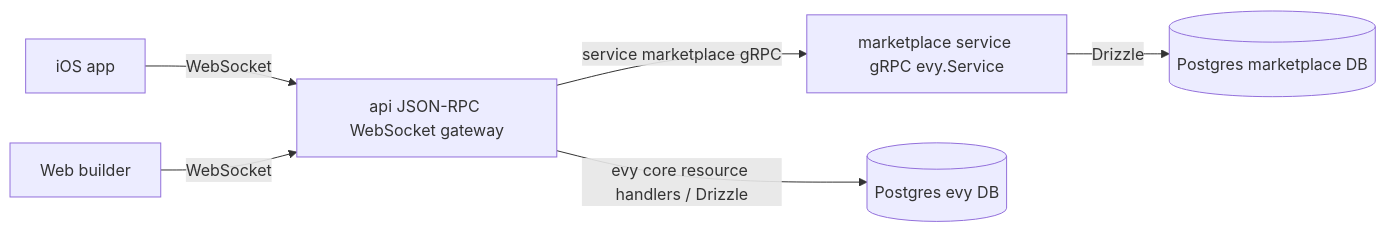
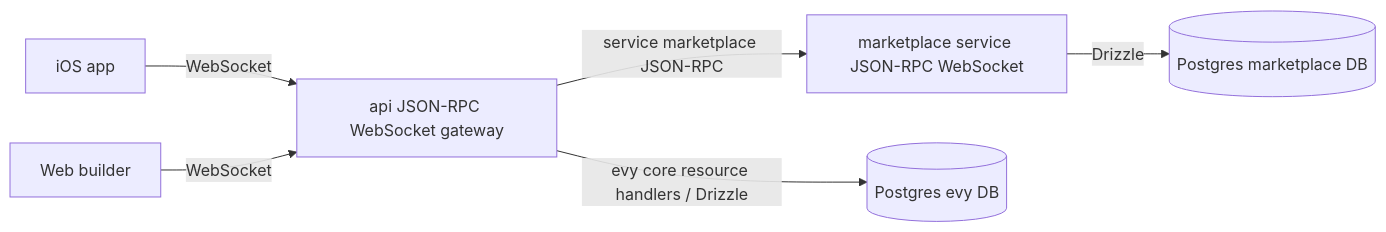
One commit to EVY-Platform/evy changed the diagram in README.md. Above: the diagram before and after it, drawn with Mermaid. The commit also changed other lines of this file and 115 other files, not shown here.

````diff
--- a/README.md
+++ b/README.md
@@ -7,16 +7,16 @@
 ```mermaid
 flowchart LR
     ios[iOS app]
     web[Web builder]
 
     api[api JSON-RPC WebSocket gateway]
-    marketplace[marketplace service gRPC evy.Service]
+    marketplace[marketplace service JSON-RPC WebSocket]
     evyDb[(Postgres evy DB)]
     mpDb[(Postgres marketplace DB)]
 
     ios -- WebSocket --> api
     web -- WebSocket --> api
     api -- evy core resource handlers / Drizzle --> evyDb
-    api -- service marketplace gRPC --> marketplace
+    api -- service marketplace JSON-RPC --> marketplace
     marketplace -- Drizzle --> mpDb
 ```
````
